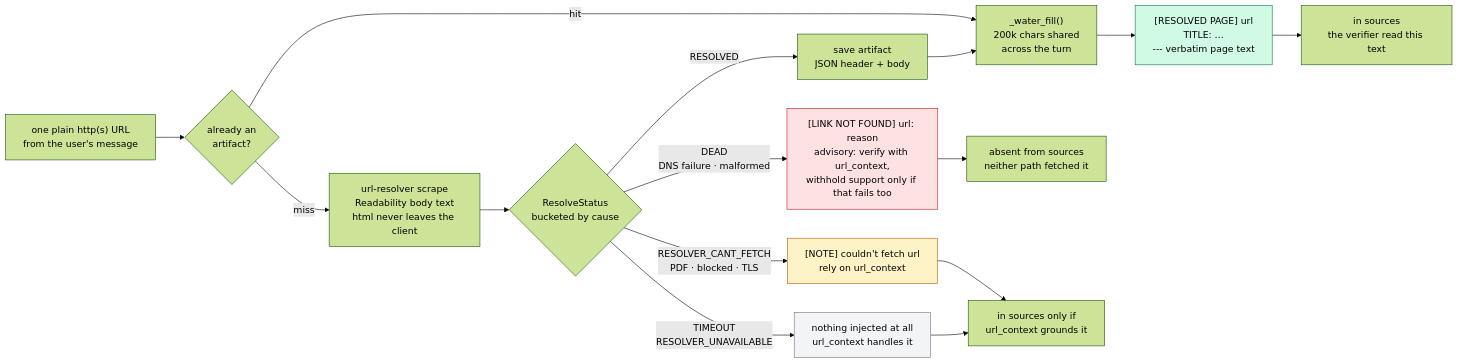
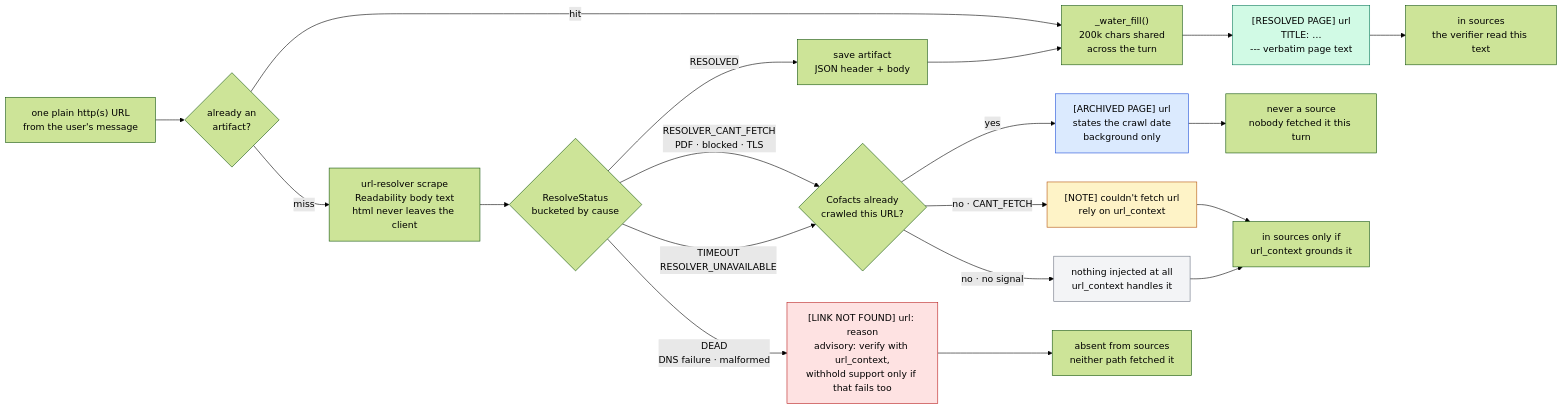
One commit to cofacts/ai changed the second of 2 diagrams in docs/decisions/20260722-url-resolver-verifier-prefetch.md. Above: the diagram before and after it, drawn with Mermaid (forest theme). The commit also changed other lines of this file, not shown here.

````diff
--- a/docs/decisions/20260722-url-resolver-verifier-prefetch.md
+++ b/docs/decisions/20260722-url-resolver-verifier-prefetch.md
@@ -146,29 +146,36 @@
 ```mermaid
 flowchart LR
     U["one plain http(s) URL<br/>from the user's message"]
     C{"already an<br/>artifact?"}
     R["url-resolver scrape<br/>Readability body text<br/>html never leaves the client"]
     S{"ResolveStatus<br/>bucketed by cause"}
     SV["save artifact<br/>JSON header + body"]
     B["_water_fill()<br/>200k chars shared<br/>across the turn"]
 
     U --> C
     C -->|"hit"| B
     C -->|"miss"| R --> S
     S -->|"RESOLVED"| SV --> B
 
     B --> O1["[RESOLVED PAGE] url<br/>TITLE: …<br/>--- verbatim page text"]
     S -->|"DEAD<br/>DNS failure · malformed"| O2["[LINK NOT FOUND] url: reason<br/>advisory: verify with url_context,<br/>withhold support only if that fails too"]
-    S -->|"RESOLVER_CANT_FETCH<br/>PDF · blocked · TLS"| O3["[NOTE] couldn't fetch url<br/>rely on url_context"]
-    S -->|"TIMEOUT<br/>RESOLVER_UNAVAILABLE"| O4["nothing injected at all<br/>url_context handles it"]
+    S -->|"RESOLVER_CANT_FETCH<br/>PDF · blocked · TLS"| A
+    S -->|"TIMEOUT<br/>RESOLVER_UNAVAILABLE"| A
+
+    A{"Cofacts already<br/>crawled this URL?"}
+    A -->|"yes"| O5["[ARCHIVED PAGE] url<br/>states the crawl date<br/>background only"]
+    A -->|"no · CANT_FETCH"| O3["[NOTE] couldn't fetch url<br/>rely on url_context"]
+    A -->|"no · no signal"| O4["nothing injected at all<br/>url_context handles it"]
 
     O1 --> S1["in sources<br/>the verifier read this text"]
     O2 --> S2["absent from sources<br/>neither path fetched it"]
+    O5 --> S4["never a source<br/>nobody fetched it this turn"]
     O3 --> S3["in sources only if<br/>url_context grounds it"]
     O4 --> S3
 
     style O1 fill:#d1fae5,stroke:#047857
     style O2 fill:#fee2e2,stroke:#b91c1c
+    style O5 fill:#dbeafe,stroke:#1d4ed8
     style O3 fill:#fef3c7,stroke:#b45309
     style O4 fill:#f3f4f6,stroke:#6b7280
 ```
````
